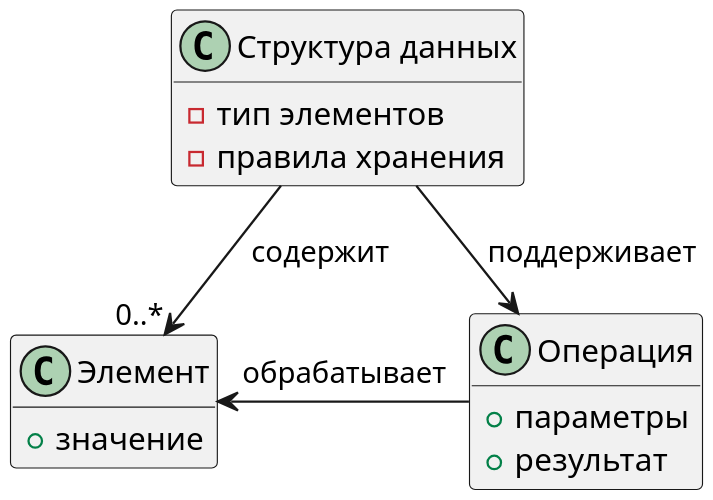
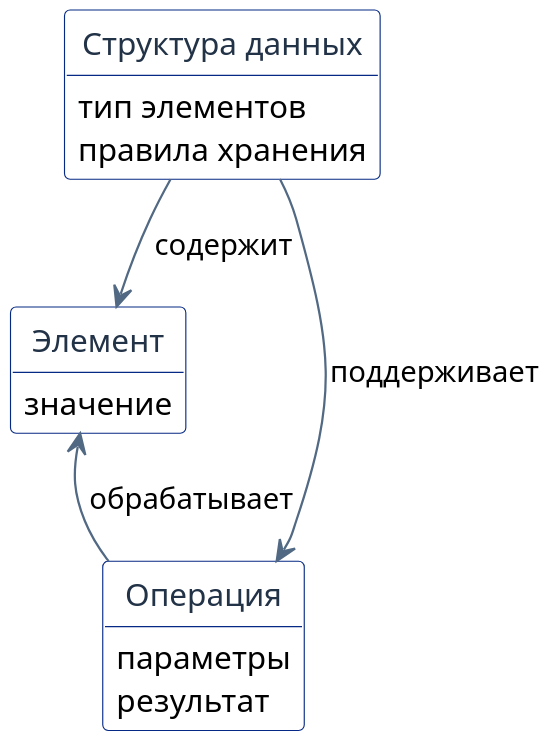
One commit to IceMangh/lab1 changed the diagram in schemes/entities.puml. Above: the diagram before and after it, drawn with PlantUML. The commit also changed 3 other files, not shown here.

```diff
--- a/schemes/entities.puml
+++ b/schemes/entities.puml
@@ -1,27 +1,34 @@
 @startuml
 !pragma layout smetana
 
 skinparam shadowing false
 skinparam dpi 216
 skinparam ranksep 60
 skinparam nodesep 75
+skinparam class {
+    BackgroundColor White
+    BorderColor #052984
+    FontColor #223247
+}
+skinparam ArrowColor #526984
+hide circle
 hide empty methods
 
-class "Структура данных" as Structure {
-    - тип элементов
-    - правила хранения
+entity "Структура данных" as Structure {
+    тип элементов
+    правила хранения
 }
 
-class "Элемент" as Element {
-    + значение
+entity "Элемент" as Element {
+    значение
 }
 
-class "Операция" as Operation {
-    + параметры
-    + результат
+entity "Операция" as Operation {
+    параметры
+    результат
 }
 
-Structure --> "0..*" Element : содержит
+Structure --> Element : содержит
 Structure --> Operation : поддерживает
-Operation -left-> Element : обрабатывает
+Element <-- Operation : обрабатывает
 @enduml
```
